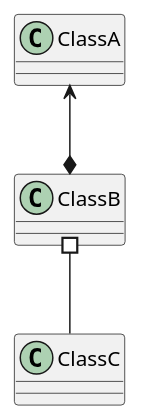
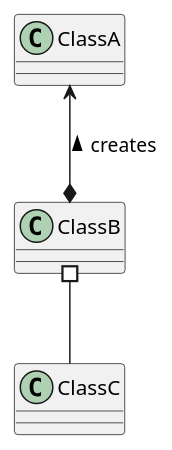
One commit to yiwaki/rel-reverser changed the diagram in puml/sample.puml. Above: the diagram before and after it, drawn with PlantUML. The commit also changed 3 other files, not shown here.

```diff
--- a/puml/sample.puml
+++ b/puml/sample.puml
@@ -1,8 +1,7 @@
 @startuml sample
 skinparam classAttributeIconSize 0
 
-ClassA <--* ClassB
-
+ClassA <--* ClassB: < creates
 ClassB #-- ClassC
 
 @enduml
```
